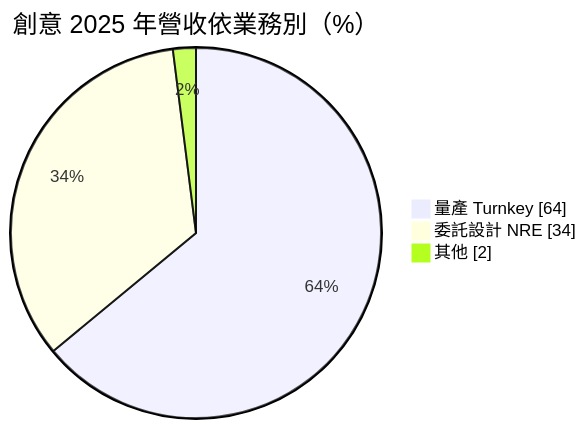
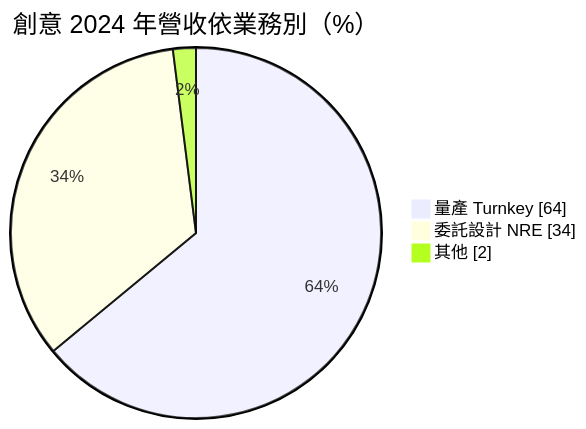
One commit to wangnick1004/taiwan-stock-vault changed the first of 4 diagrams in 個股/台股/3443創意.md. Above: the diagram before and after it, drawn with Mermaid. The commit also changed other lines of this file and 6 other files, not shown here.

````diff
--- a/個股/台股/3443創意.md
+++ b/個股/台股/3443創意.md
@@ -59,7 +59,7 @@
 ```mermaid
 pie showData
-    title 創意 2025 年營收依業務別（%）
+    title 創意 2024 年營收依業務別（%）
     "量產 Turnkey" : 64
     "委託設計 NRE" : 34
     "其他" : 2
 ```
````
